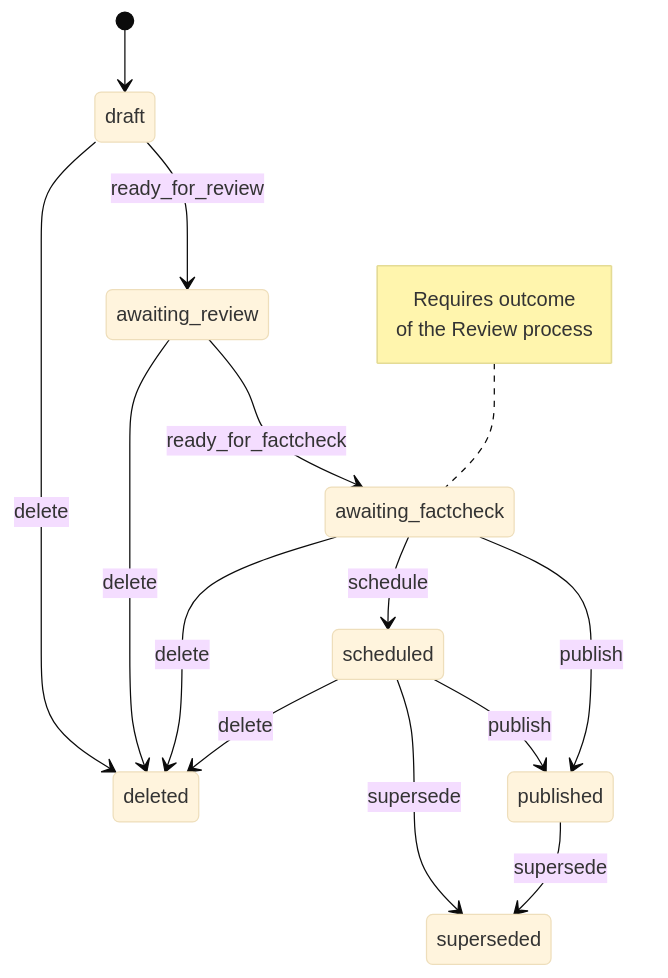
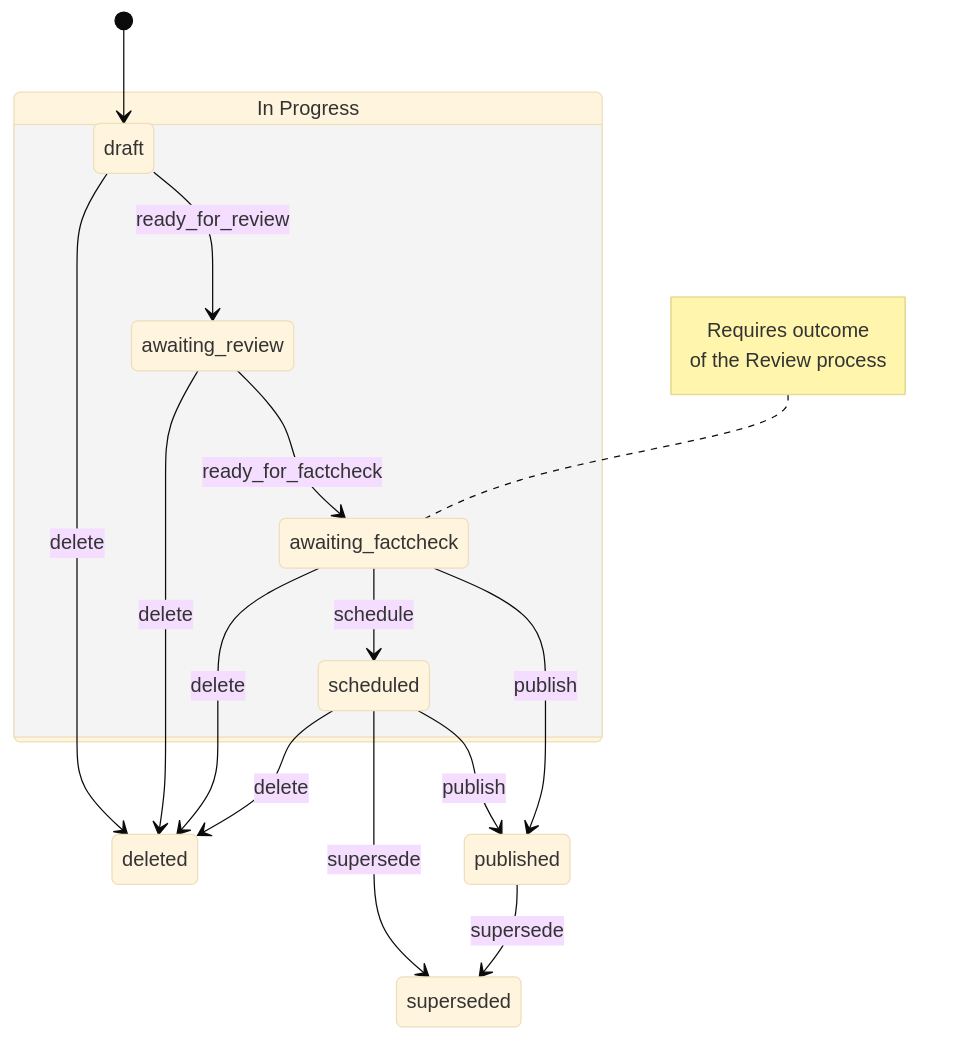
One commit to alphagov/content-block-manager changed the diagram in docs/edition_states.md. Above: the diagram before and after it, drawn with Mermaid (base theme). The commit also changed other lines of this file, not shown here.

Commit message:
Update state diagram to show what in_progress means.

````diff
--- a/docs/edition_states.md
+++ b/docs/edition_states.md
@@ -5,22 +5,25 @@
 ```mermaid
 stateDiagram-v2
     [*] --> draft
 
     draft --> deleted: delete
     awaiting_review --> deleted: delete
     awaiting_factcheck --> deleted: delete
     scheduled --> deleted: delete
 
-    draft --> awaiting_review: ready_for_review
-    awaiting_review --> awaiting_factcheck: ready_for_factcheck
-    note left of awaiting_factcheck
-        Requires outcome<br>of the Review process
-    end note
-    awaiting_factcheck --> scheduled: schedule
+    InProgress:In Progress
+    state InProgress {
+        draft --> awaiting_review: ready_for_review
+        awaiting_review --> awaiting_factcheck: ready_for_factcheck
+        note left of awaiting_factcheck
+            Requires outcome<br>of the Review process
+        end note
+        awaiting_factcheck --> scheduled: schedule
+    }
 
     scheduled --> superseded: supersede
     published --> superseded: supersede
 
     scheduled --> published: publish
     awaiting_factcheck --> published: publish
 ```
````
